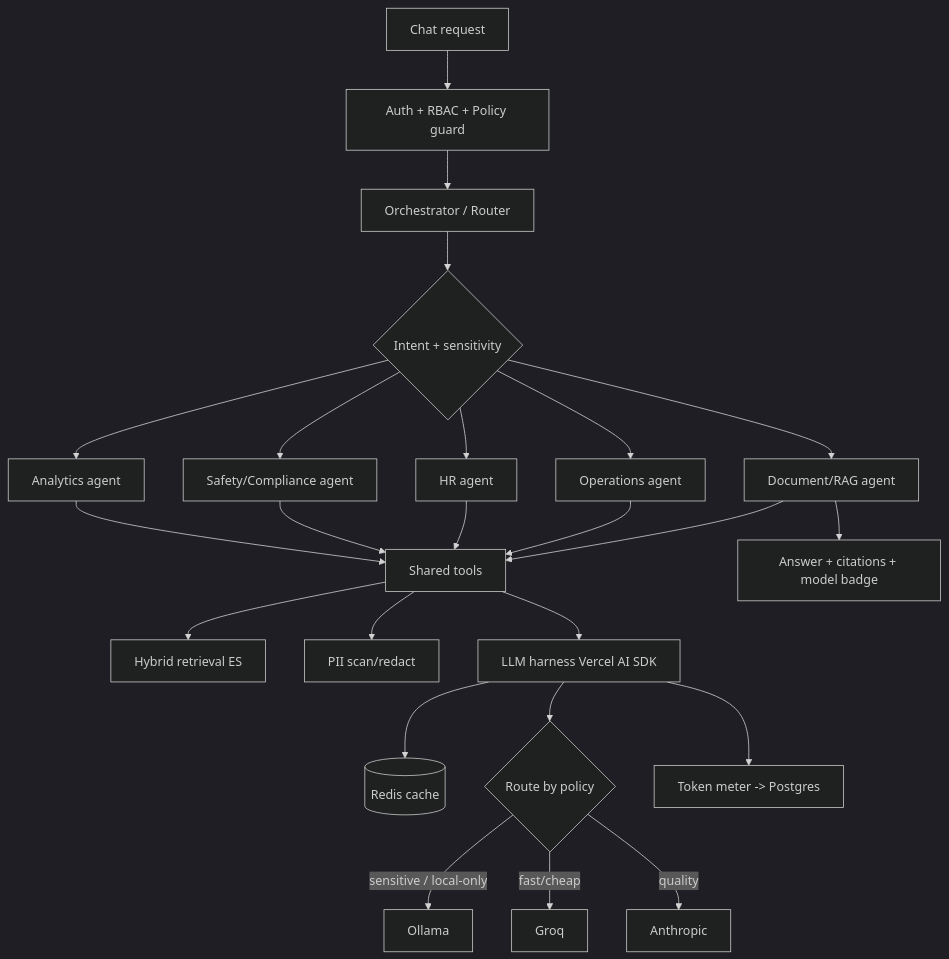
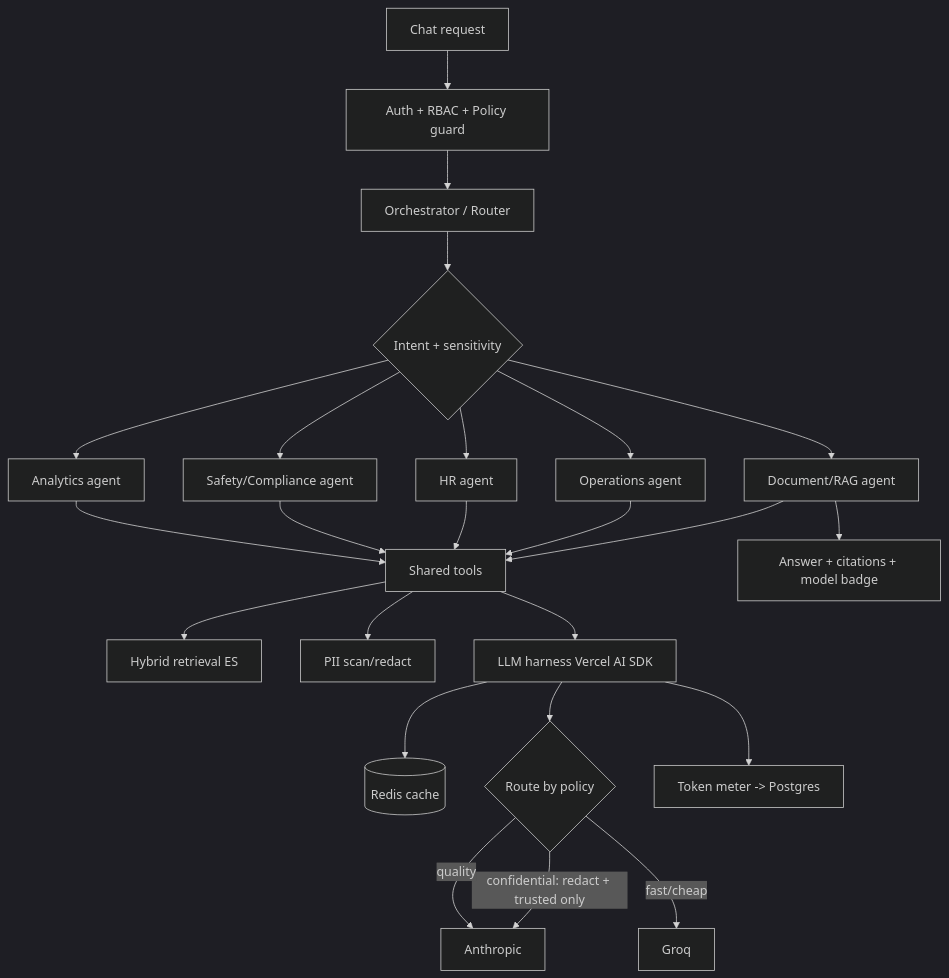
One commit to rukonpama54321/refinery-iq changed the third of 6 diagrams in docs/03-architecture.md. Above: the diagram before and after it, drawn with Mermaid (dark theme). The commit also changed other lines of this file and 6 other files, not shown here.

First line of the commit message:
docs: add database design + drop local LLM (Ollama) across all docs

````diff
--- a/docs/03-architecture.md
+++ b/docs/03-architecture.md
@@ -88,22 +86,22 @@
 ```mermaid
 flowchart TB
     In[Chat request] --> Guard[Auth + RBAC + Policy guard]
     Guard --> Orch[Orchestrator / Router]
     Orch --> Cls{Intent + sensitivity}
     Cls --> A1[Document/RAG agent]
     Cls --> A2[Operations agent]
     Cls --> A3[HR agent]
     Cls --> A4[Safety/Compliance agent]
     Cls --> A5[Analytics agent]
     A1 & A2 & A3 & A4 & A5 --> Tools[Shared tools]
     Tools --> Ret[Hybrid retrieval ES]
     Tools --> PII[PII scan/redact]
     Tools --> Harness[LLM harness Vercel AI SDK]
     Harness --> Cache[(Redis cache)]
     Harness --> Route{Route by policy}
-    Route -->|sensitive / local-only| Ollama
+    Route -->|confidential: redact + trusted only| Anthropic
     Route -->|fast/cheap| Groq
     Route -->|quality| Anthropic
     Harness --> Meter[Token meter -> Postgres]
     A1 --> Out[Answer + citations + model badge]
 ```
````
